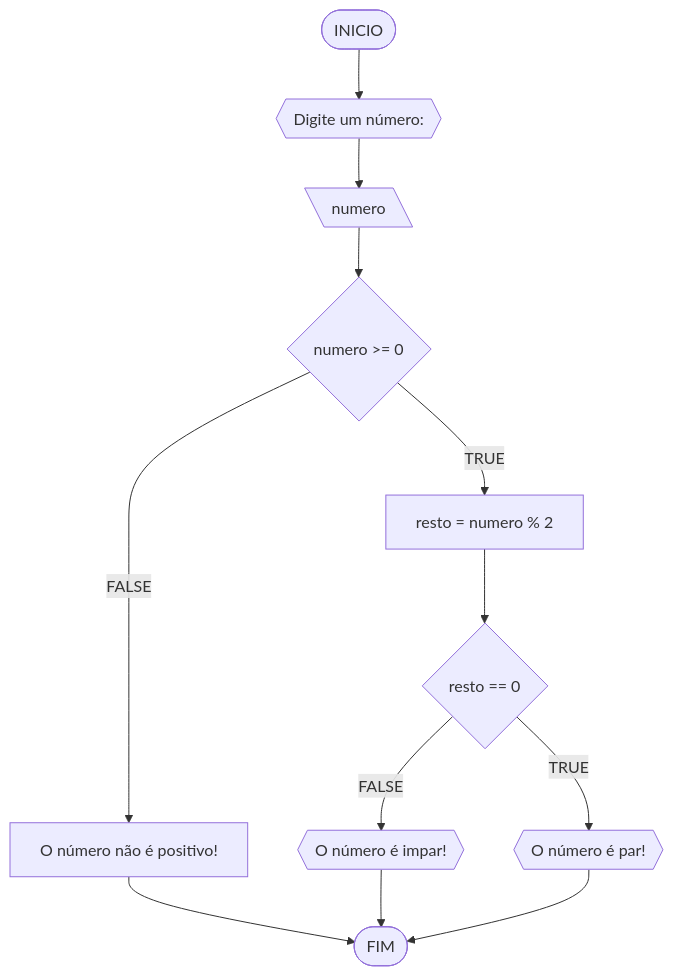
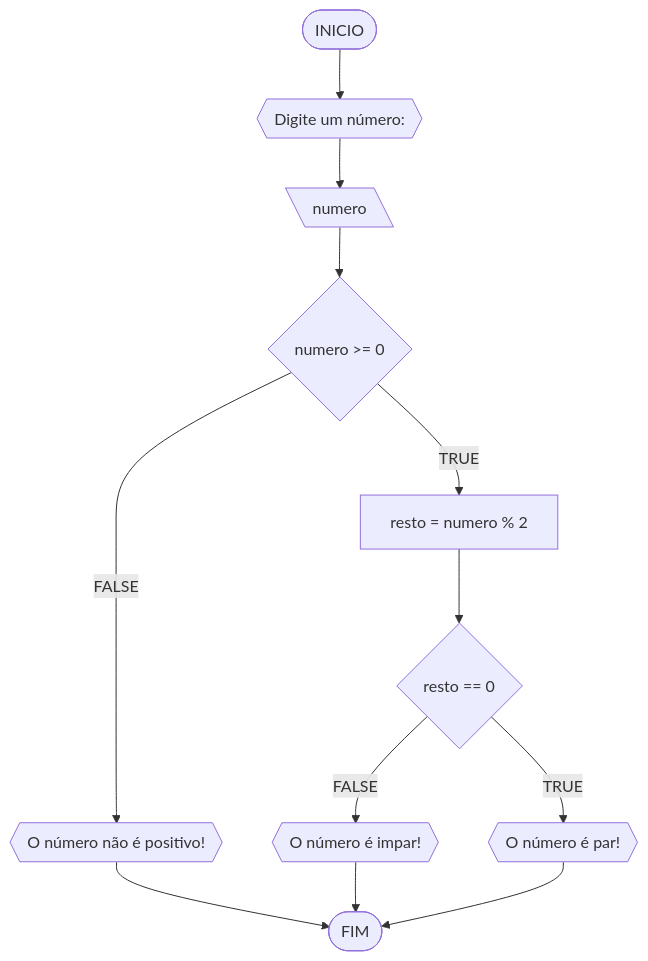
The first of 4 diagrams in RaciocinioLogicoAlgoritmico/lista_exercicios1.md (majuss8/ads-unifor), drawn with Mermaid before and after one commit. The commit also changed other lines of this file, not shown here.

````diff
--- a/RaciocinioLogicoAlgoritmico/lista_exercicios1.md
+++ b/RaciocinioLogicoAlgoritmico/lista_exercicios1.md
@@ -13,14 +12,14 @@
 ```mermaid
 flowchart TD
 A([INICIO]) --> B{{Digite um número:}}
 B --> C[\numero\]
 C --> D{numero >= 0}
-D --FALSE--> E[O número não é positivo!]
+D --FALSE--> E{{O número não é positivo!}}
 D --TRUE--> F[resto = numero % 2]
 E --> Z([FIM])
 F --> G{resto == 0}
 G --FALSE--> H{{O número é impar!}}
 G --TRUE--> I{{O número é par!}}
 H --> Z
 I --> Z
 ```
````
